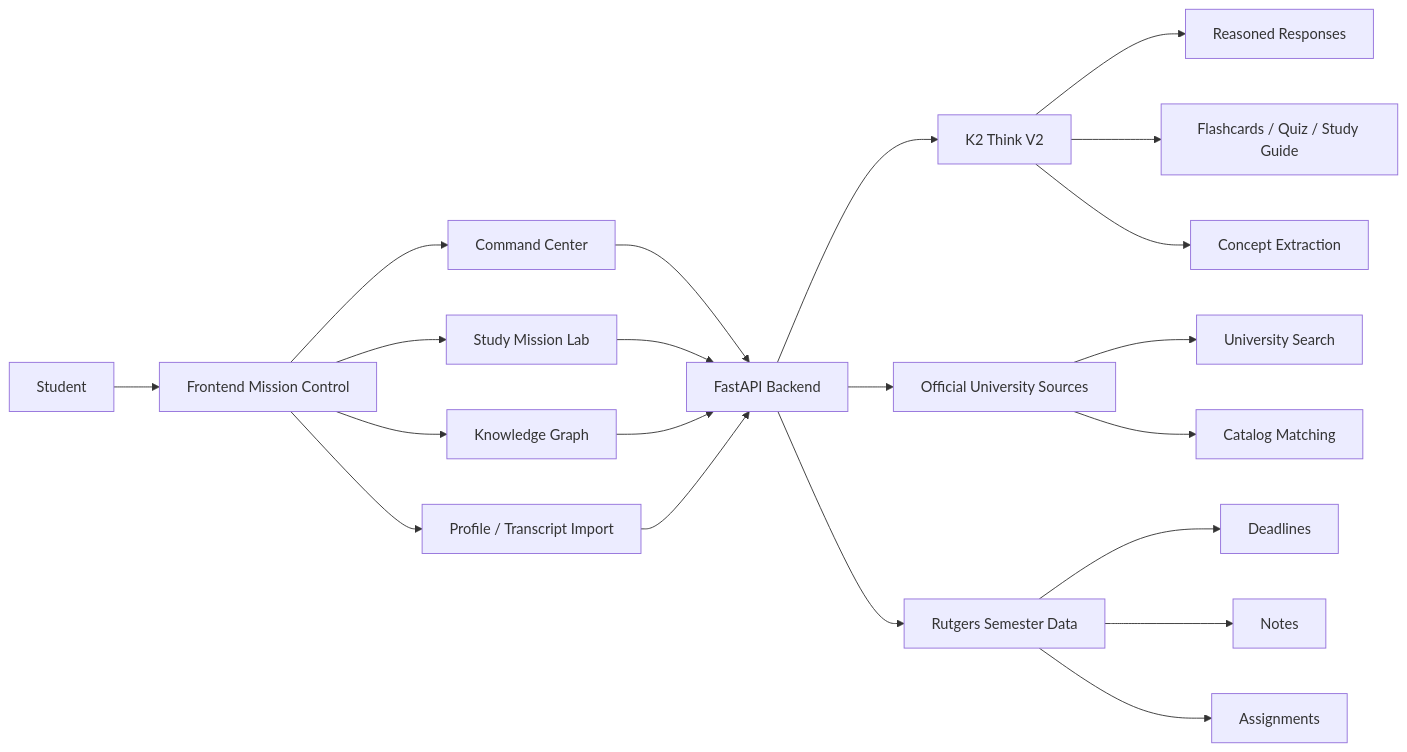
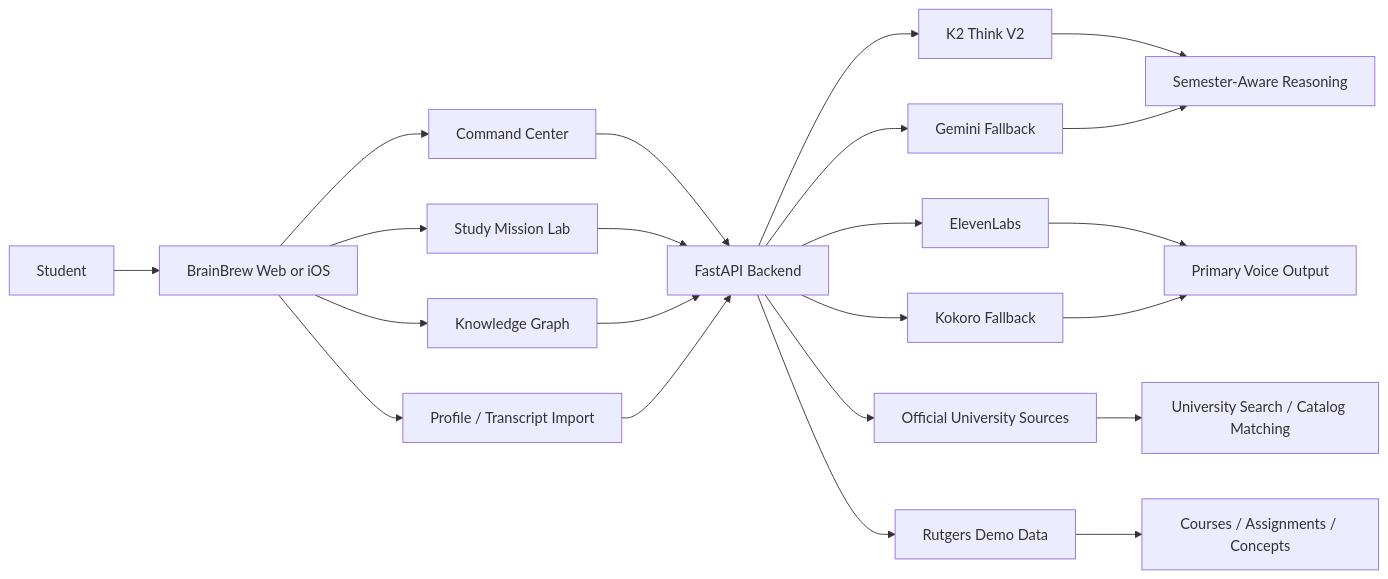
The diagram in README.md (Haadesx/HackPrinceton26), drawn with Mermaid before and after one commit. The commit also changed other lines of this file, not shown here.

Commit message:
Polish BrainBrew README for submission

````diff
--- a/README.md
+++ b/README.md
@@ -146,28 +144,27 @@
 ```mermaid
 flowchart LR
-    A[Student] --> B[Frontend Mission Control]
+    A[Student] --> B[BrainBrew Web or iOS]
     B --> C[Command Center]
     B --> D[Study Mission Lab]
     B --> E[Knowledge Graph]
     B --> F[Profile / Transcript Import]
 
     C --> G[FastAPI Backend]
     D --> G
     E --> G
     F --> G
 
     G --> H[K2 Think V2]
-    G --> I[Official University Sources]
-    G --> J[Rutgers Semester Data]
+    G --> I[Gemini Fallback]
+    G --> J[ElevenLabs]
+    G --> K[Kokoro Fallback]
+    G --> L[Official University Sources]
+    G --> M[Rutgers Demo Data]
 
-    H --> K[Reasoned Responses]
-    H --> L[Flashcards / Quiz / Study Guide]
-    H --> M[Concept Extraction]
-
-    I --> N[University Search]
-    I --> O[Catalog Matching]
-
-    J --> P[Deadlines]
-    J --> Q[Notes]
-    J --> R[Assignments]
+    H --> N[Semester-Aware Reasoning]
+    I --> N
+    J --> O[Primary Voice Output]
+    K --> O
+    L --> P[University Search / Catalog Matching]
+    M --> Q[Courses / Assignments / Concepts]
 ```
````
